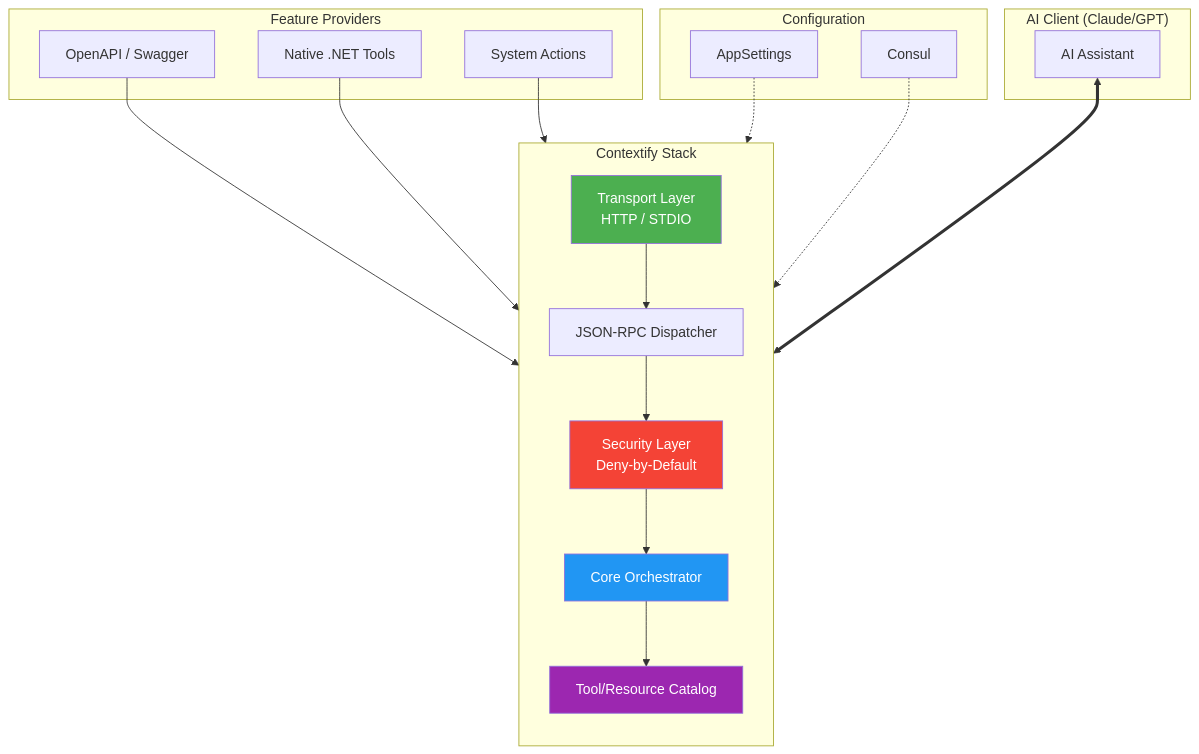
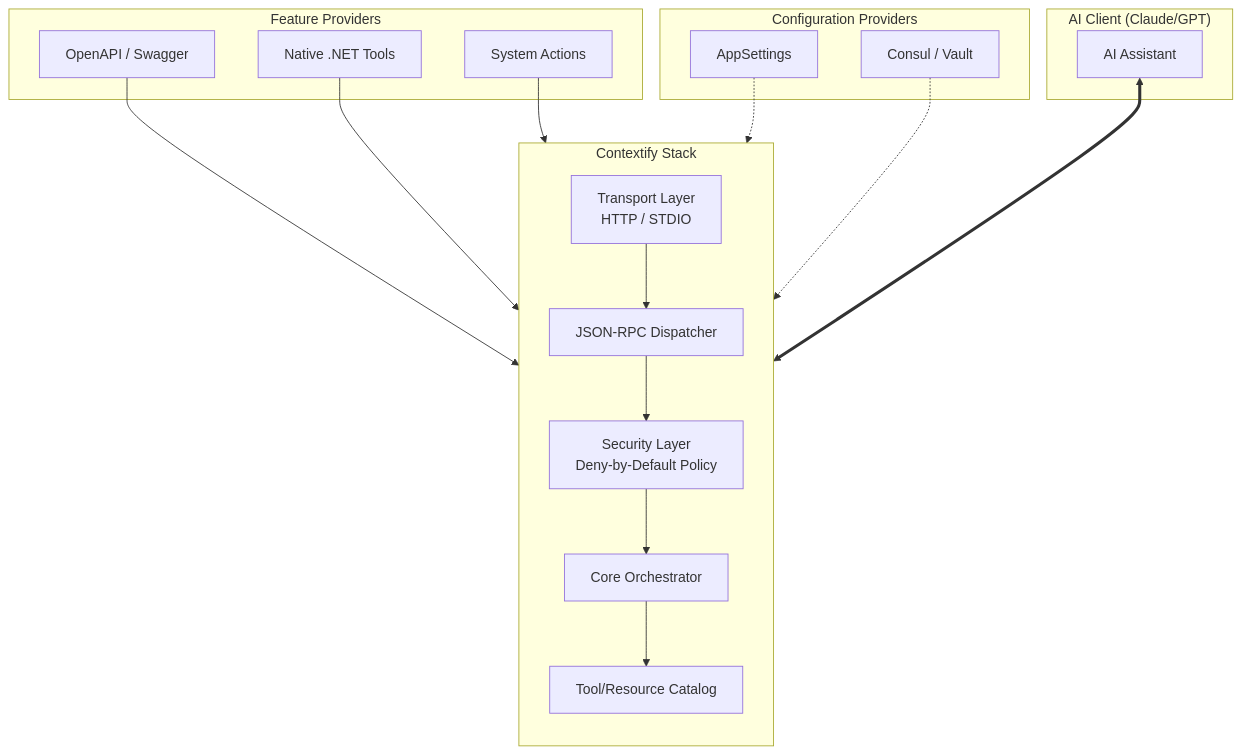
The diagram in README.md (atakanatali/contextify-net), drawn with Mermaid before and after one commit. The commit also changed other lines of this file and 1 other file, not shown here.

````diff
--- a/README.md
+++ b/README.md
@@ -33,32 +19,27 @@
 ```mermaid
 graph TB
     subgraph Client ["AI Client (Claude/GPT)"]
         CL[AI Assistant]
     end
 
     subgraph Contextify ["Contextify Stack"]
         direction TB
         T[Transport Layer<br/>HTTP / STDIO] --> DP[JSON-RPC Dispatcher]
-        DP --> S[Security Layer<br/>Deny-by-Default]
+        DP --> S[Security Layer<br/>Deny-by-Default Policy]
         S --> C[Core Orchestrator]
         C --> CAT[Tool/Resource Catalog]
     end
 
     subgraph Providers ["Feature Providers"]
         OA[OpenAPI / Swagger] --> C
         NA[Native .NET Tools] --> C
         SY[System Actions] --> C
     end
 
-    subgraph Config ["Configuration"]
-        AS[AppSettings] -.-> DP
-        CS[Consul] -.-> DP
+    subgraph Config ["Configuration Providers"]
+        AS[AppSettings] -.-> S
+        CS[Consul / Vault] -.-> S
     end
 
     CL <==> T
-    
-    style T fill:#4CAF50,color:#fff
-    style S fill:#F44336,color:#fff
-    style C fill:#2196F3,color:#fff
-    style CAT fill:#9C27B0,color:#fff
 ```
````
